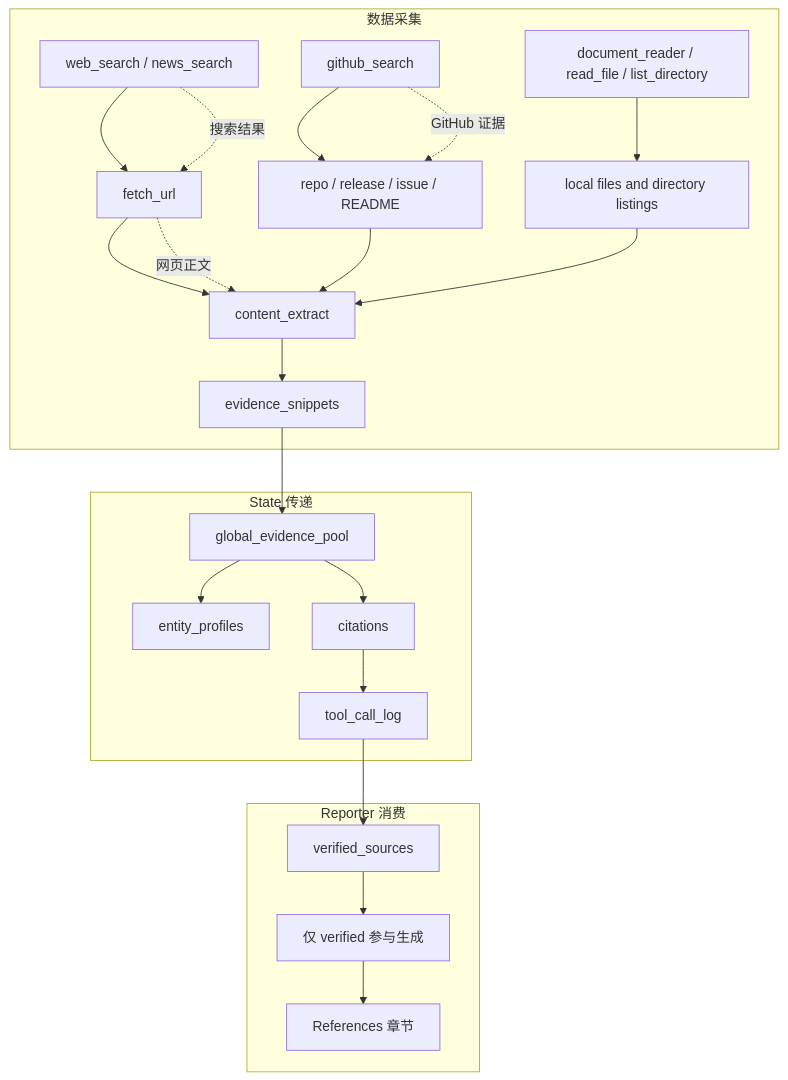
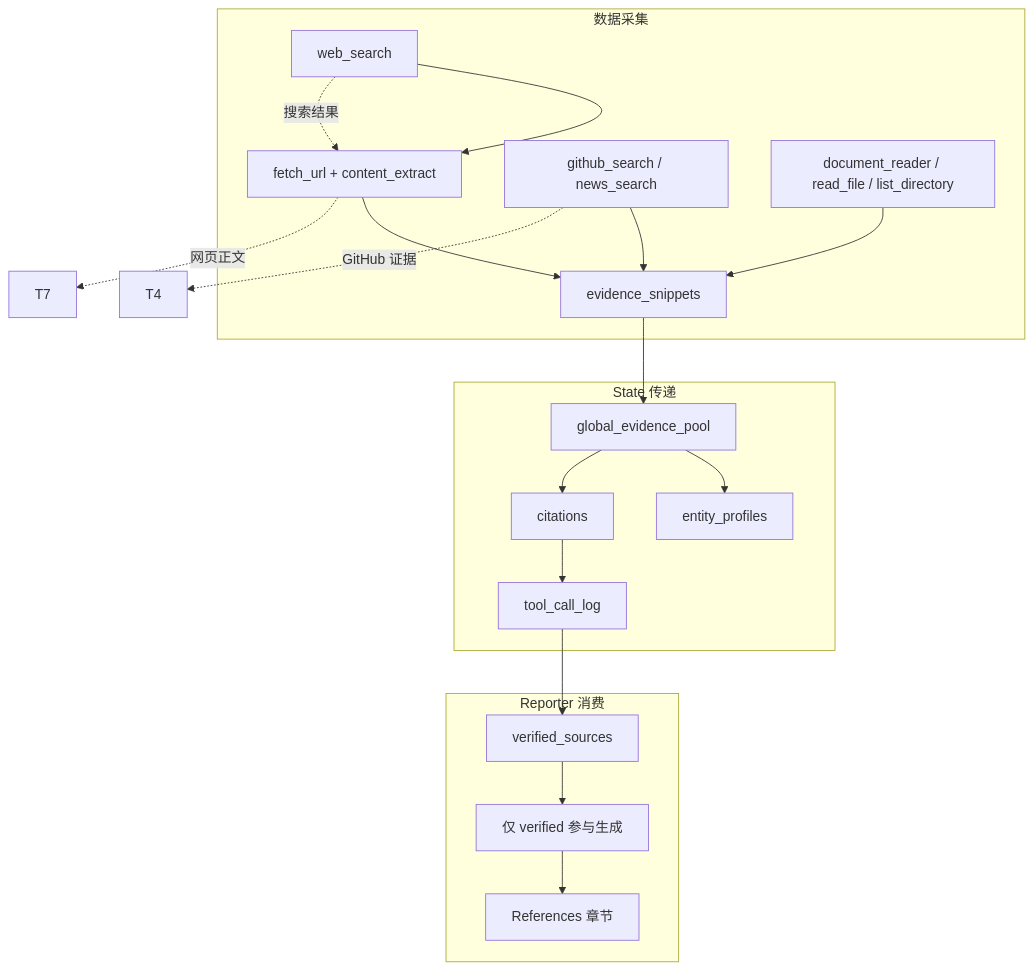
The third of 3 diagrams in README.md (Caser-86/InsightGraph), drawn with Mermaid before and after one commit. The commit also changed other lines of this file, not shown here.

Commit message:
docs: clarify collection tool data flow

````diff
--- a/README.md
+++ b/README.md
@@ -370,29 +370,26 @@
 ```mermaid
 flowchart TB
     subgraph 数据采集
-        T1[web_search / news_search] --> T2[fetch_url]
-        T3[github_search] --> T4[repo / release / issue / README]
-        T5[document_reader / read_file / list_directory] --> T6[local files and directory listings]
-        T2 --> T7[content_extract]
-        T4 --> T7
-        T6 --> T7
-        T7 --> T8[evidence_snippets]
+        T1[web_search] --> T2[fetch_url + content_extract]
+        T3[github_search / news_search] --> T8[evidence_snippets]
+        T5[document_reader / read_file / list_directory] --> T8
+        T2 --> T8
     end
 
     subgraph State 传递
         T8 --> S1[global_evidence_pool]
         S1 --> S2[entity_profiles]
         S1 --> S3[citations]
         S3 --> S4[tool_call_log]
     end
 
     subgraph Reporter 消费
         S4 --> R1[verified_sources]
         R1 --> R2[仅 verified 参与生成]
         R2 --> R3[References 章节]
     end
 
     T1 -.->|搜索结果| T2
     T2 -.->|网页正文| T7
     T3 -.->|GitHub 证据| T4
 ```
````
